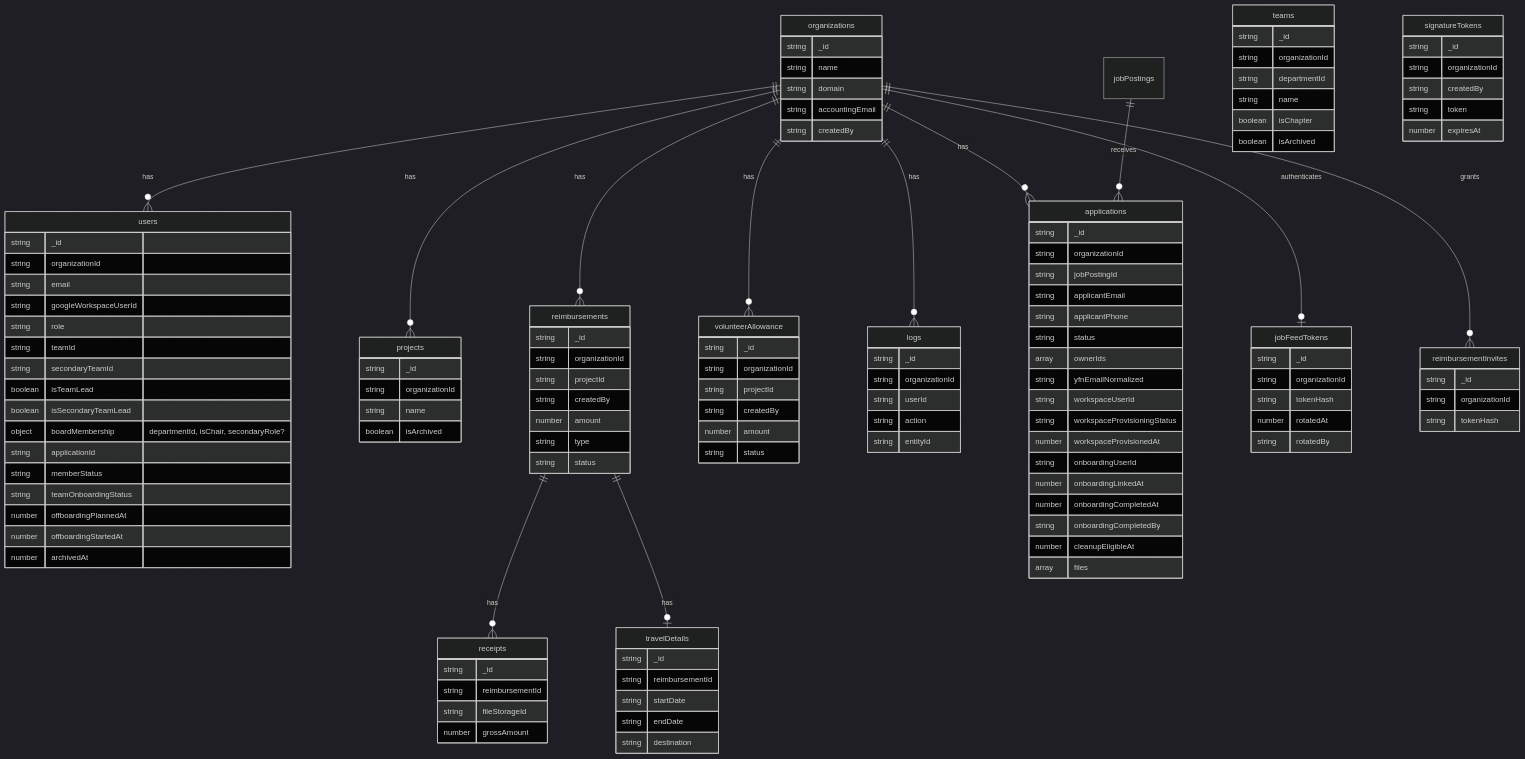
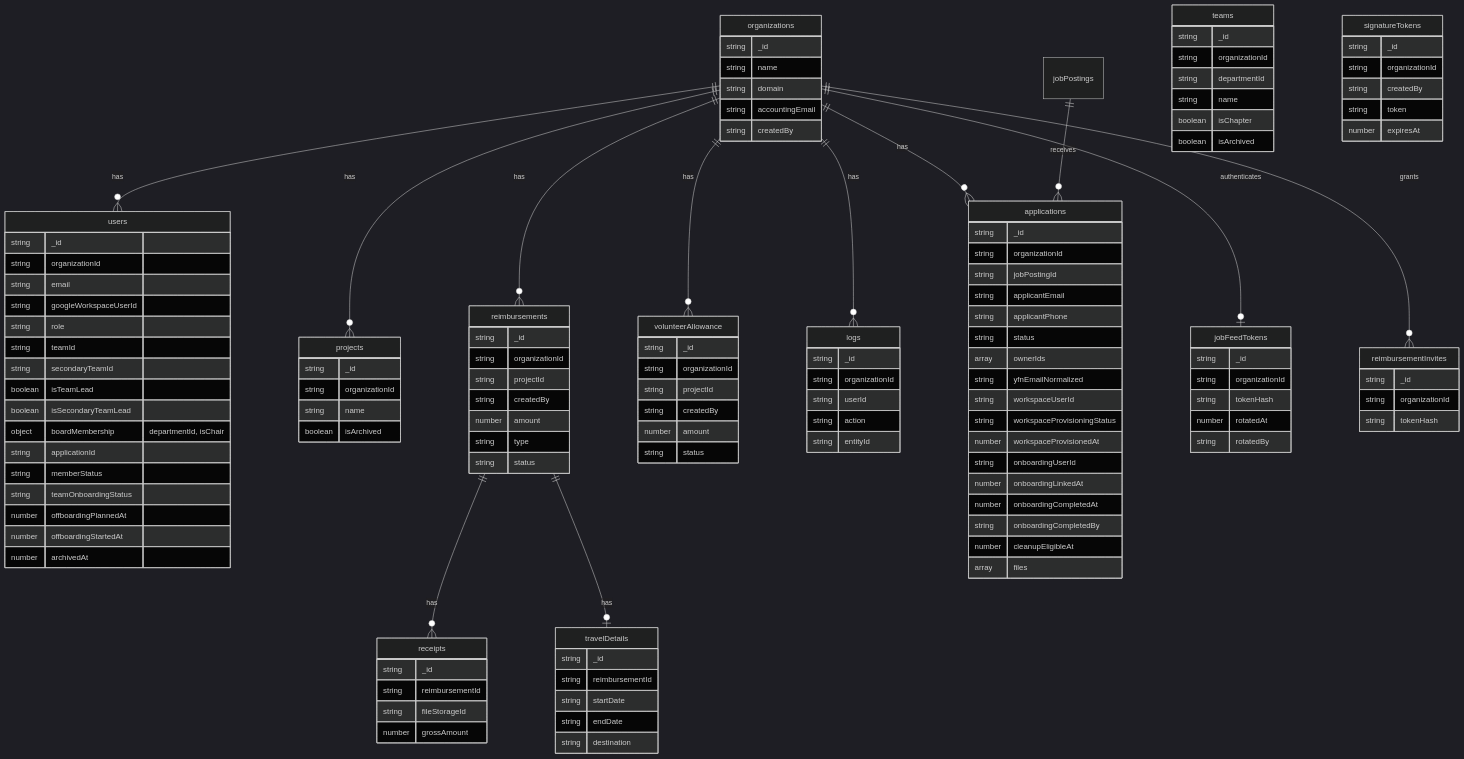
One commit to yfndev/ybase changed the diagram in docs/schema.md. Above: the diagram before and after it, drawn with Mermaid (dark theme). The commit also changed 15 other files, not shown here.

```diff
--- a/docs/schema.md
+++ b/docs/schema.md
@@ -50,7 +50,7 @@
         string secondaryTeamId
         boolean isTeamLead
         boolean isSecondaryTeamLead
-        object boardMembership "departmentId, isChair, secondaryRole?"
+        object boardMembership "departmentId, isChair"
         string applicationId
         string memberStatus
         string teamOnboardingStatus
```
